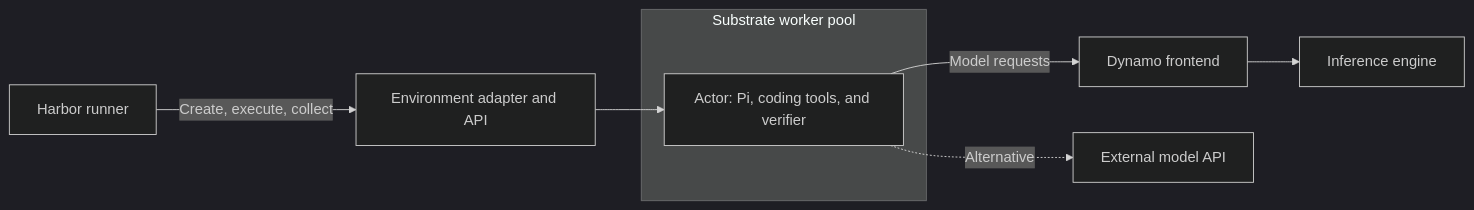
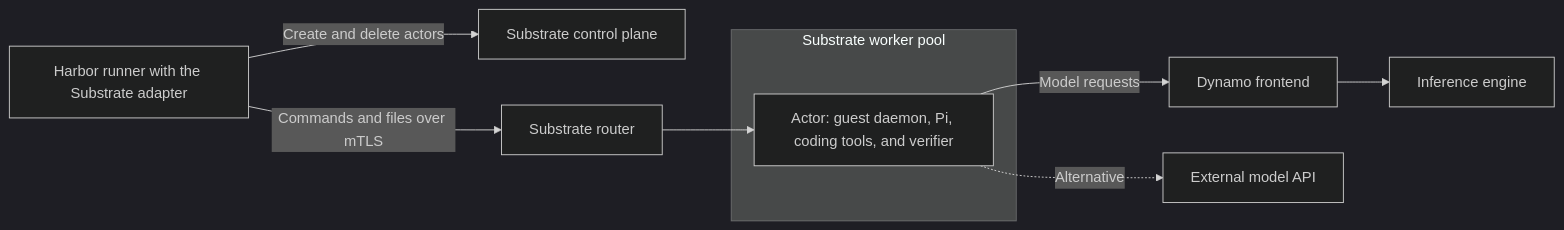
Before and after one commit to ai-dynamo/dynamo: the diagram in docs/fern/pages/use-cases/agents/harbor-substrate.mdx, drawn with Mermaid (dark theme). The commit also changed other lines of this file and 11 other files, not shown here.

First line of the commit message:
docs(agents): talk to Substrate directly from the Harbor adapter

````diff
--- a/docs/fern/pages/use-cases/agents/harbor-substrate.mdx
+++ b/docs/fern/pages/use-cases/agents/harbor-substrate.mdx
@@ -28,11 +28,12 @@
 ```mermaid
 flowchart LR
-    H[Harbor runner] -->|Create, execute, collect| E[Environment adapter and API]
-    E --> A
+    H[Harbor runner with the Substrate adapter] -->|Create and delete actors| C[Substrate control plane]
+    H -->|Commands and files over mTLS| R[Substrate router]
     subgraph S[Substrate worker pool]
-        A[Actor: Pi, coding tools, and verifier]
+        A[Actor: guest daemon, Pi, coding tools, and verifier]
     end
+    R --> A
     A -->|Model requests| D[Dynamo frontend]
     D --> M[Inference engine]
     A -.->|Alternative| X[External model API]
 ```
````
